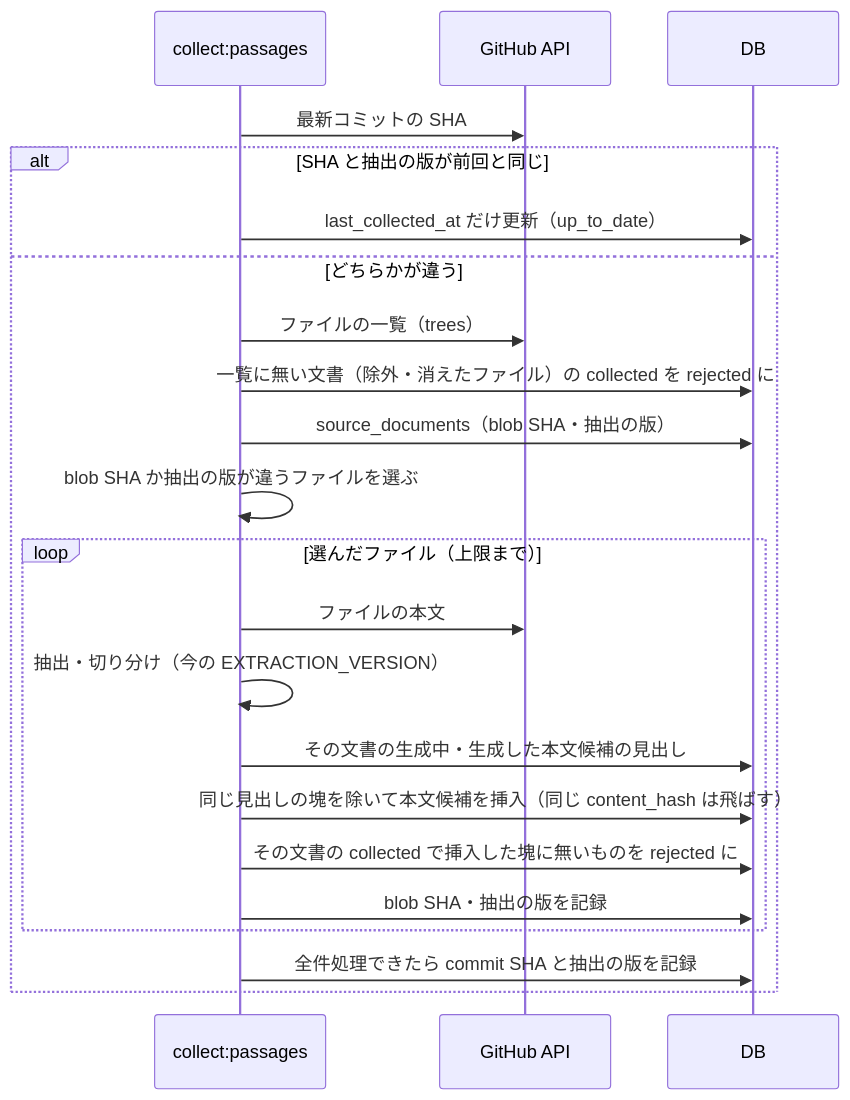
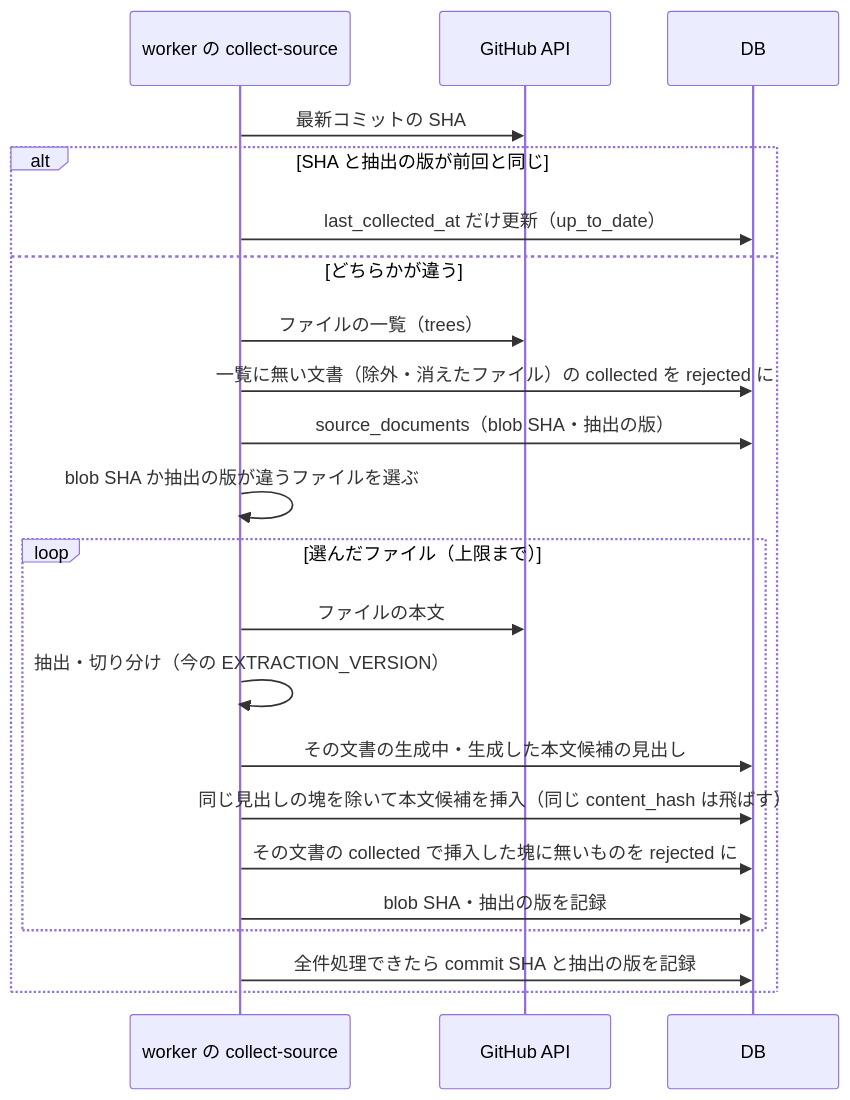
One commit to kentakki416/tech-english changed the second of 2 diagrams in docs/spec/passage-extraction-tuning/README.md. Above: the diagram before and after it, drawn with Mermaid. The commit also changed 11 other files, not shown here.

Commit message:
fix(worker): pr-review（#96）の指摘を直す（想定外の失敗は包まれた元の例外の message を 200 文字まで記録に書き、起動の経路で @repo/content-extractor を読まないことをテストで確かめ、収集できない理由の文の対応表を NOT_COLLECTABLE_ERROR_MESSAGES にし、全ソースのループの前提が残ったコメント・Dockerfile の Node の版の理由・ほかの設計書の cron の毎日の収集を直す）

````diff
--- a/docs/spec/passage-extraction-tuning/README.md
+++ b/docs/spec/passage-extraction-tuning/README.md
@@ -309,25 +309,25 @@
 ```mermaid
 sequenceDiagram
-    participant Cron as collect:passages
+    participant Worker as worker の collect-source
     participant GH as GitHub API
     participant DB as DB
 
-    Cron->>GH: 最新コミットの SHA
+    Worker->>GH: 最新コミットの SHA
     alt SHA と抽出の版が前回と同じ
-        Cron->>DB: last_collected_at だけ更新（up_to_date）
+        Worker->>DB: last_collected_at だけ更新（up_to_date）
     else どちらかが違う
-        Cron->>GH: ファイルの一覧（trees）
-        Cron->>DB: 一覧に無い文書（除外・消えたファイル）の collected を rejected に
-        Cron->>DB: source_documents（blob SHA・抽出の版）
-        Cron->>Cron: blob SHA か抽出の版が違うファイルを選ぶ
+        Worker->>GH: ファイルの一覧（trees）
+        Worker->>DB: 一覧に無い文書（除外・消えたファイル）の collected を rejected に
+        Worker->>DB: source_documents（blob SHA・抽出の版）
+        Worker->>Worker: blob SHA か抽出の版が違うファイルを選ぶ
         loop 選んだファイル（上限まで）
-            Cron->>GH: ファイルの本文
-            Cron->>Cron: 抽出・切り分け（今の EXTRACTION_VERSION）
-            Cron->>DB: その文書の生成中・生成した本文候補の見出し
-            Cron->>DB: 同じ見出しの塊を除いて本文候補を挿入（同じ content_hash は飛ばす）
-            Cron->>DB: その文書の collected で挿入した塊に無いものを rejected に
-            Cron->>DB: blob SHA・抽出の版を記録
+            Worker->>GH: ファイルの本文
+            Worker->>Worker: 抽出・切り分け（今の EXTRACTION_VERSION）
+            Worker->>DB: その文書の生成中・生成した本文候補の見出し
+            Worker->>DB: 同じ見出しの塊を除いて本文候補を挿入（同じ content_hash は飛ばす）
+            Worker->>DB: その文書の collected で挿入した塊に無いものを rejected に
+            Worker->>DB: blob SHA・抽出の版を記録
         end
-        Cron->>DB: 全件処理できたら commit SHA と抽出の版を記録
+        Worker->>DB: 全件処理できたら commit SHA と抽出の版を記録
     end
 ```
````
